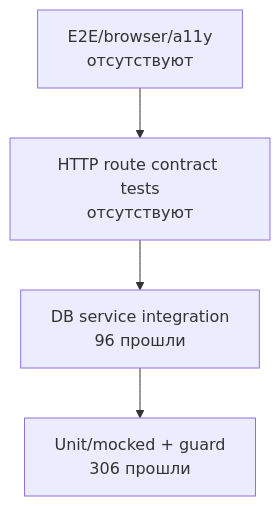
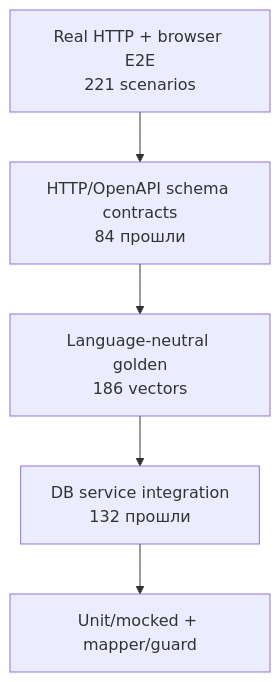
Before and after one commit to b4s1l3k/oh-my-slopwise: the diagram in docs/architecture/07-testing-and-quality.md, drawn with Mermaid. The commit also changed other lines of this file and 240 other files, not shown here.

Commit message:
feat: harden architecture for backend migration

````diff
--- a/docs/architecture/07-testing-and-quality.md
+++ b/docs/architecture/07-testing-and-quality.md
@@ -82,9 +152,10 @@
 ```mermaid
 flowchart TB
-    e2e[E2E/browser/a11y\nотсутствуют]
-    api[HTTP route contract tests\nотсутствуют]
-    db[DB service integration\n96 прошли]
-    unit[Unit/mocked + guard\n306 прошли]
+    e2e[Real HTTP + browser E2E\n221 scenarios]
+    runtime[HTTP/OpenAPI schema contracts\n84 прошли]
+    golden[Language-neutral golden\n186 vectors]
+    db[DB service integration\n132 прошли]
+    unit[Unit/mocked + mapper/guard]
 
-    e2e --> api --> db --> unit
+    e2e --> runtime --> golden --> db --> unit
 ```
````
